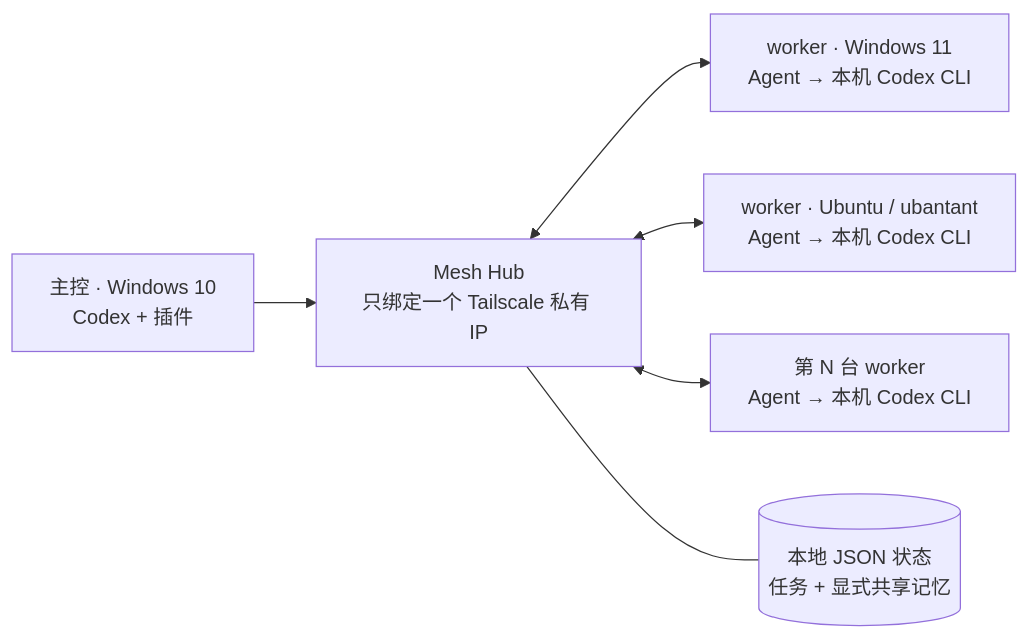
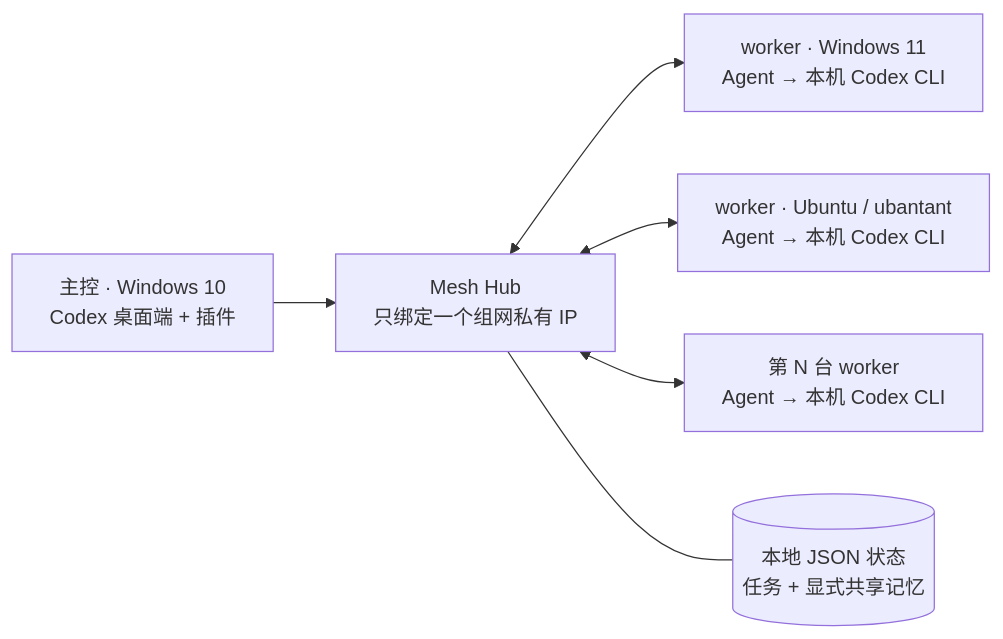
Before and after one commit to hty666-blip/codex-mesh: the diagram in README.zh-CN.md, drawn with Mermaid. The commit also changed other lines of this file and 11 other files, not shown here.

````diff
--- a/README.zh-CN.md
+++ b/README.zh-CN.md
@@ -25,8 +25,8 @@
 ```mermaid
 flowchart LR
-    C["主控 · Windows 10<br/>Codex + 插件"] --> H["Mesh Hub<br/>只绑定一个 Tailscale 私有 IP"]
+    C["主控 · Windows 10<br/>Codex 桌面端 + 插件"] --> H["Mesh Hub<br/>只绑定一个组网私有 IP"]
     H <--> W1["worker · Windows 11<br/>Agent → 本机 Codex CLI"]
     H <--> W2["worker · Ubuntu / ubantant<br/>Agent → 本机 Codex CLI"]
     H <--> WN["第 N 台 worker<br/>Agent → 本机 Codex CLI"]
     H --- D[("本地 JSON 状态<br/>任务 + 显式共享记忆")]
 ```
````
